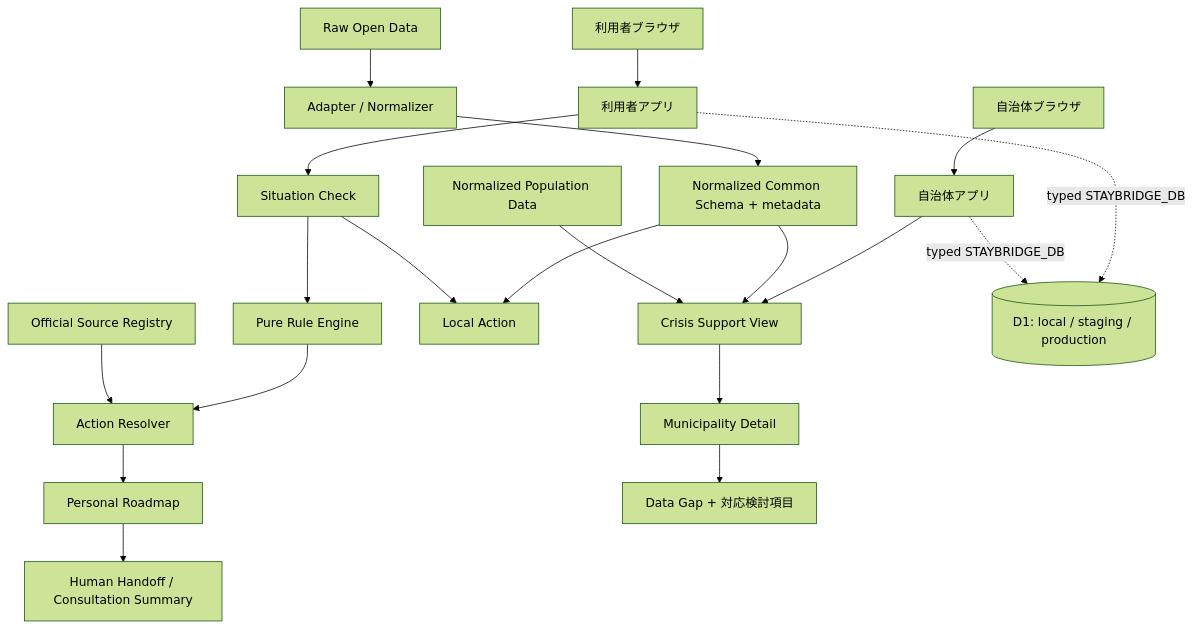
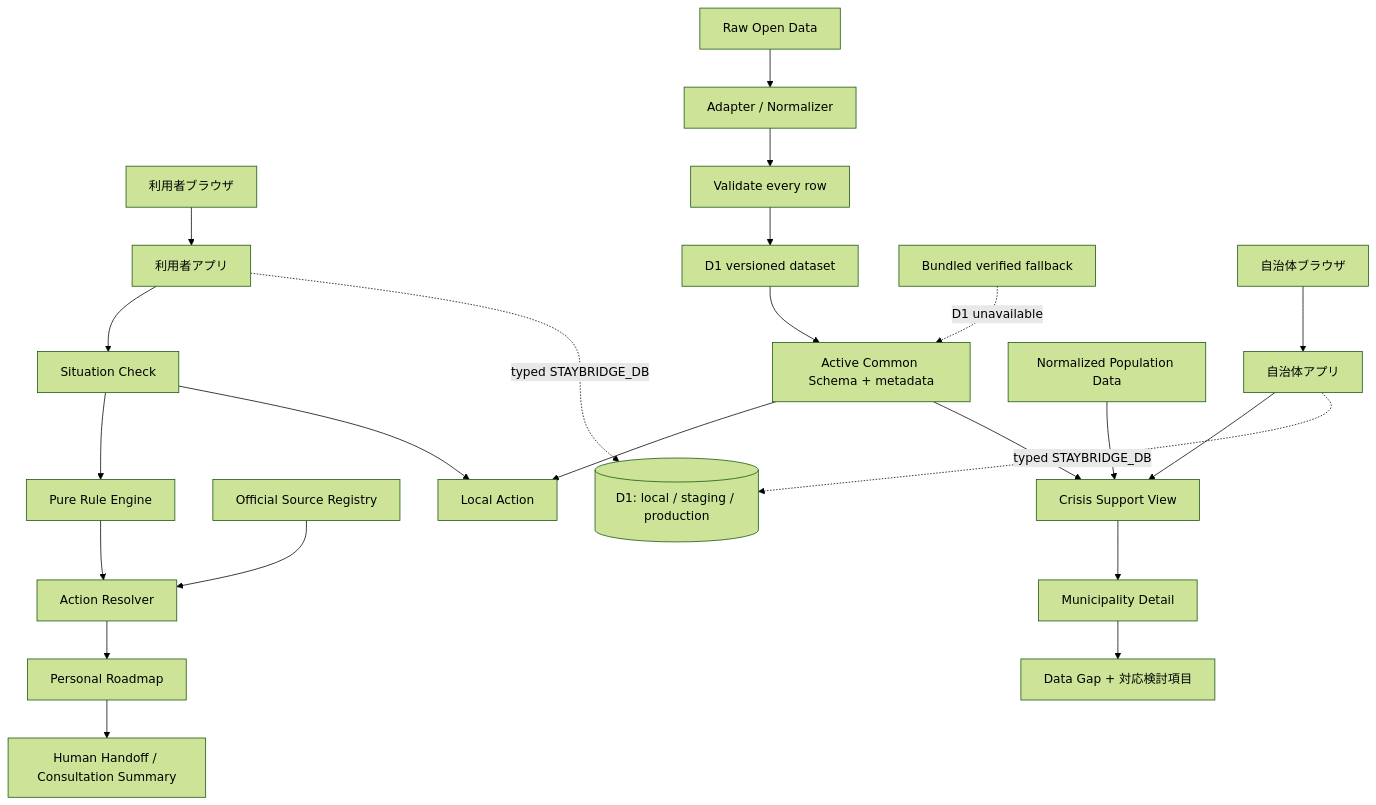
The diagram in docs/architecture.md (kuraryu405/tokyo-opendata), drawn with Mermaid (forest theme) before and after one commit. The commit also changed other lines of this file and 30 other files, not shown here.

````diff
--- a/docs/architecture.md
+++ b/docs/architecture.md
@@ -3,22 +3,25 @@
 ```mermaid
 flowchart TD
   UB[利用者ブラウザ] --> UA[利用者アプリ]
   UA --> S[Situation Check]
   S --> R[Pure Rule Engine]
   R --> A[Action Resolver]
   O[Official Source Registry] --> A
   D[Raw Open Data] --> N[Adapter / Normalizer]
-  N --> C[Normalized Common Schema + metadata]
+  N --> V[Validate every row]
+  V --> DV[D1 versioned dataset]
+  DV --> C[Active Common Schema + metadata]
+  B[Bundled verified fallback] -. D1 unavailable .-> C
   C --> L[Local Action]
   A --> P[Personal Roadmap]
   P --> H[Human Handoff / Consultation Summary]
   S --> L
   MB[自治体ブラウザ] --> MA[自治体アプリ]
   MA --> CV[Crisis Support View]
   UA -. typed STAYBRIDGE_DB .-> D1[(D1: local / staging / production)]
   MA -. typed STAYBRIDGE_DB .-> D1
   C --> CV
   POP[Normalized Population Data] --> CV
   CV --> M[Municipality Detail]
   M --> G[Data Gap + 対応検討項目]
 ```
````
